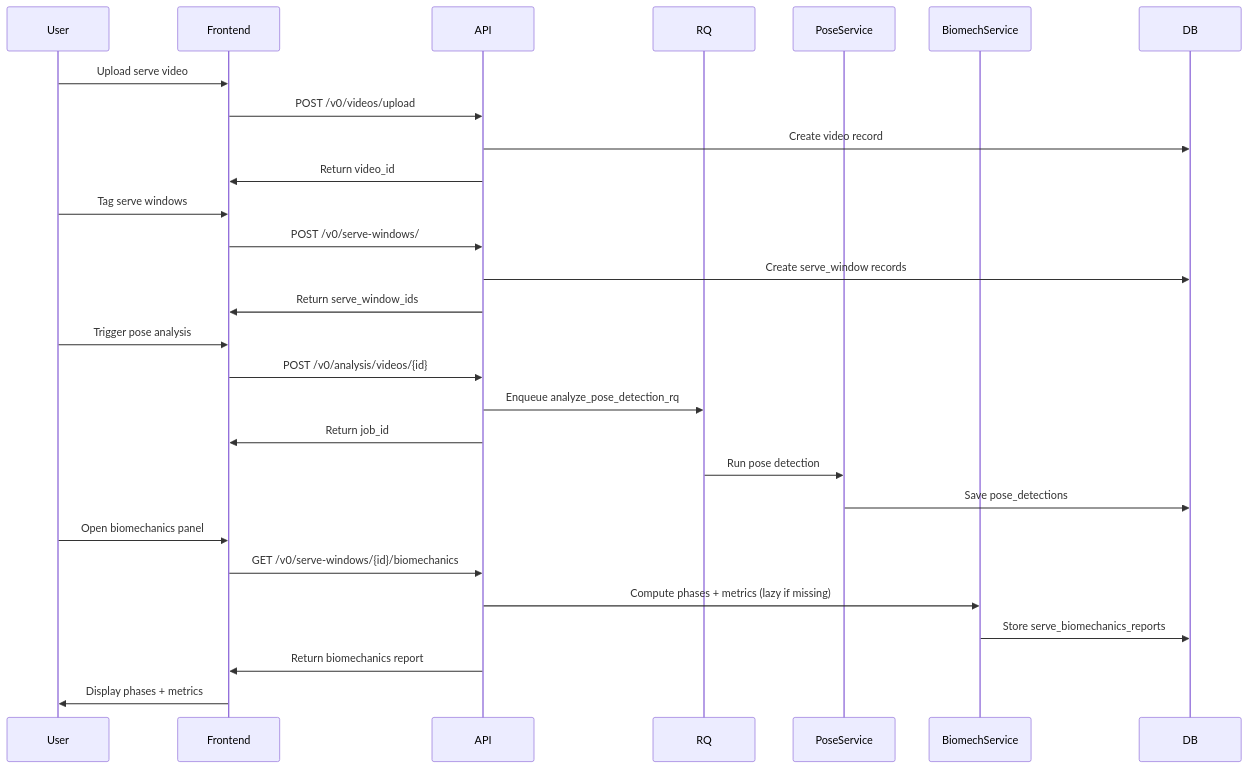
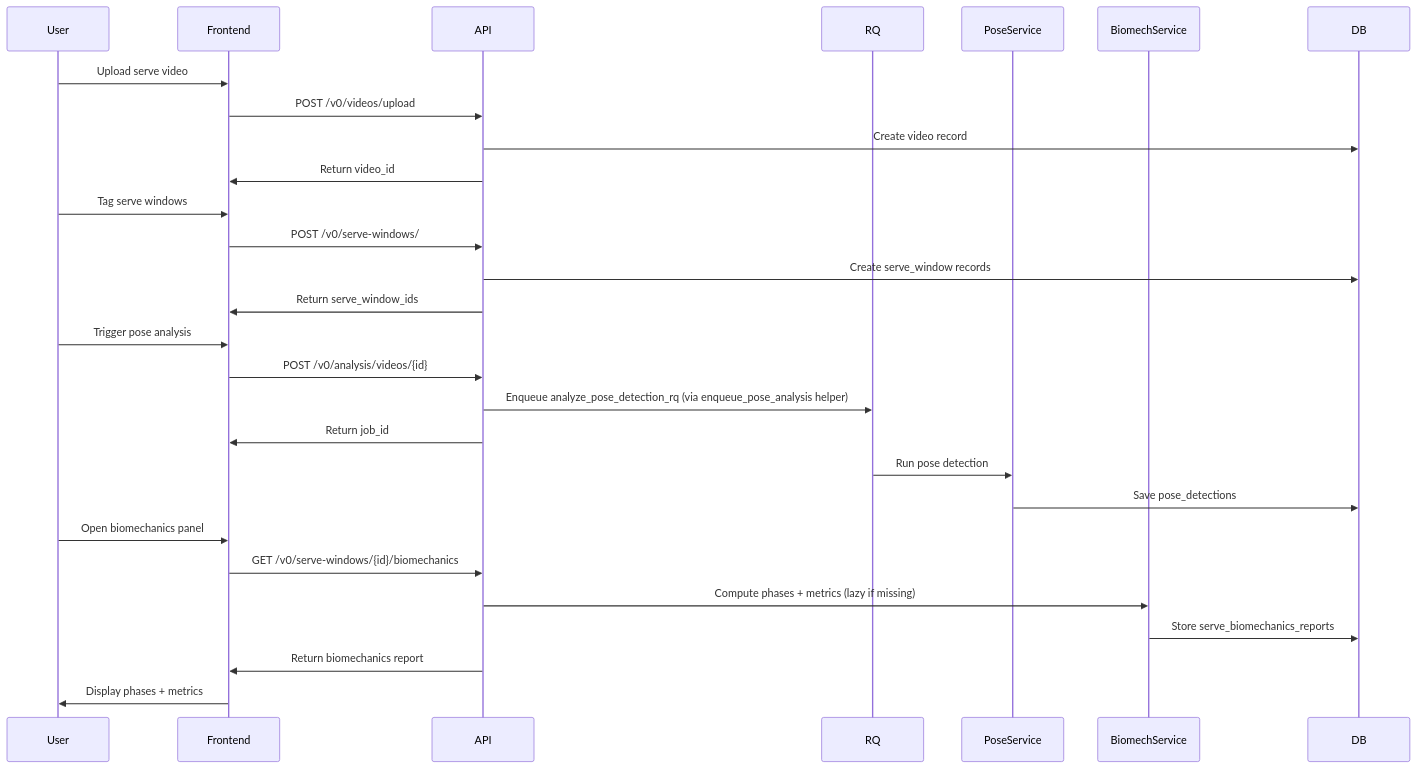
The diagram in backend/docs/background-jobs.md (aseda-sam/tennis_coach_app), drawn with Mermaid before and after one commit. The commit also changed 6 other files, not shown here.

````diff
--- a/backend/docs/background-jobs.md
+++ b/backend/docs/background-jobs.md
@@ -9,35 +9,35 @@
 ```mermaid
 sequenceDiagram
     participant User
     participant Frontend
     participant API
     participant RQ
     participant PoseService
     participant BiomechService
     participant DB
 
     User->>Frontend: Upload serve video
     Frontend->>API: POST /v0/videos/upload
     API->>DB: Create video record
     API->>Frontend: Return video_id
 
     User->>Frontend: Tag serve windows
     Frontend->>API: POST /v0/serve-windows/
     API->>DB: Create serve_window records
     API->>Frontend: Return serve_window_ids
 
     User->>Frontend: Trigger pose analysis
     Frontend->>API: POST /v0/analysis/videos/{id}
-    API->>RQ: Enqueue analyze_pose_detection_rq
+    API->>RQ: Enqueue analyze_pose_detection_rq (via enqueue_pose_analysis helper)
     API->>Frontend: Return job_id
 
     RQ->>PoseService: Run pose detection
     PoseService->>DB: Save pose_detections
 
     User->>Frontend: Open biomechanics panel
     Frontend->>API: GET /v0/serve-windows/{id}/biomechanics
     API->>BiomechService: Compute phases + metrics (lazy if missing)
     BiomechService->>DB: Store serve_biomechanics_reports
     API->>Frontend: Return biomechanics report
     Frontend->>User: Display phases + metrics
 ```
````
